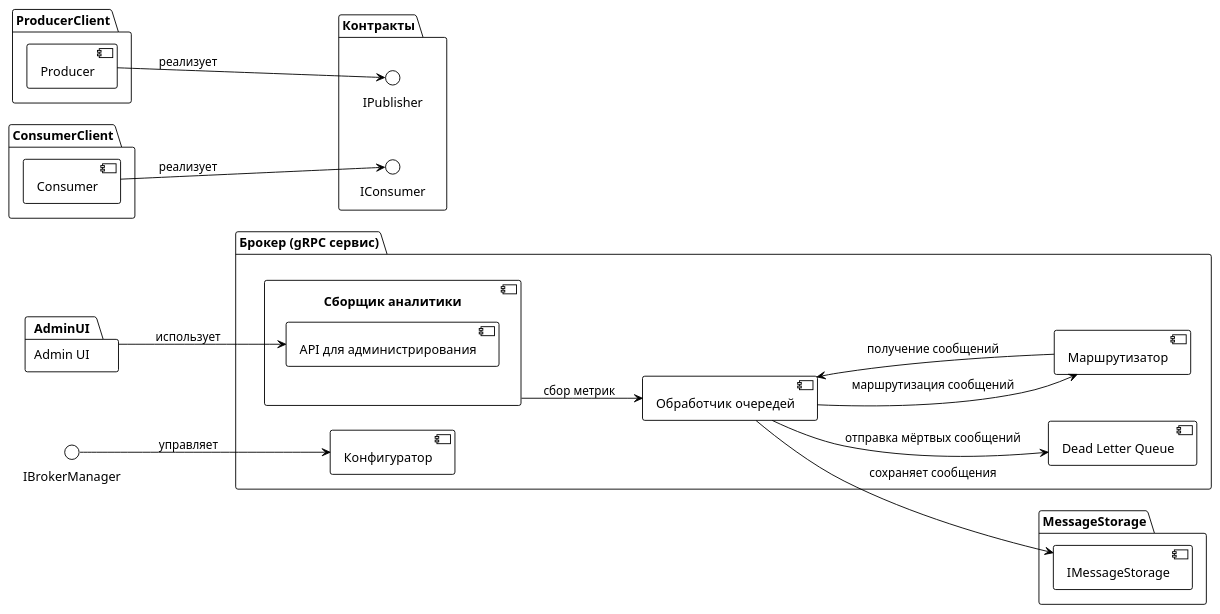
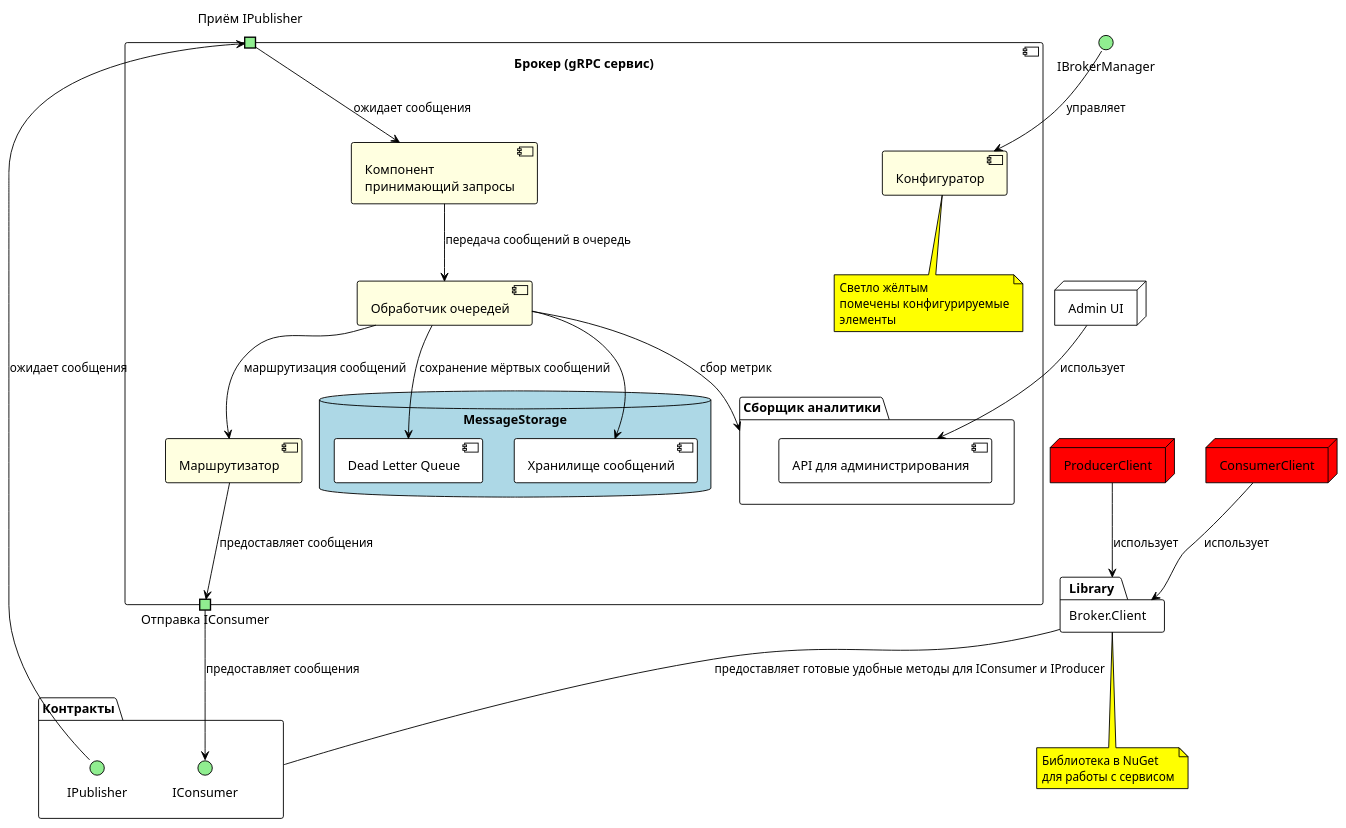
The diagram in component_diagram.puml (rinatsaf/kpv-broker), drawn with PlantUML before and after one commit.

Commit message:
better component diagram

```diff
--- a/component_diagram.puml
+++ b/component_diagram.puml
@@ -1,55 +1,77 @@
 @startuml diagram
 !theme plain
-left to right direction
+' left to right direction
 
-package "Контракты" {
+skinparam interface {
+  BackgroundColor LightGreen
+}
+
+skinparam note {
+  BackgroundColor Yellow
+}
+
+package "Контракты" as Contracts {
   interface "IConsumer" as IConsumer
   interface "IPublisher" as IPublisher
 }
 
-package "Брокер (gRPC сервис)" as Broker {
+component "Брокер (gRPC сервис)" as Broker {
+  component "Компонент\nпринимающий запросы" as RequestReceiver #LightYellow
+  portin "Приём IPublisher" as pIn #lightgreen
+
+  component "Обработчик очередей" as QueueHandler #LightYellow
   
-  component "Обработчик очередей" as QueueHandler {
-  }
-
-  component "Dead Letter Queue" as DLQ {
-  }
-  
-  component "Сборщик аналитики" as Analytics {
+  package "Сборщик аналитики" as Analytics {
     component "API для администрирования" as AdminAPI
   }
   
-  component "Маршрутизатор" as Router {
+  component "Маршрутизатор" as Router #LightYellow
+  portout "Отправка IConsumer" as pOut #lightgreen
+
+  component "Конфигуратор" as Config #LightYellow
+  note bottom of Config
+    Светло жёлтым 
+    помечены конфигурируемые
+    элементы
+  end note
+
+  database "MessageStorage" #lightblue {
+    component "Dead Letter Queue" as DLQ
+    component "Хранилище сообщений" as IMessageStorage
   }
   
-  component "Конфигуратор" as RouterConfig {
-  }
-  
+  RequestReceiver --> QueueHandler : передача сообщений в очередь
   QueueHandler --> Router : маршрутизация сообщений
-  Analytics --> QueueHandler : сбор метрик
-  Router --> QueueHandler : получение сообщений
-  QueueHandler --> DLQ : отправка мёртвых сообщений
+
+  QueueHandler --> Analytics : сбор метрик
+  QueueHandler --> DLQ : сохранение мёртвых сообщений
+  QueueHandler --> IMessageStorage
+
+  RequestReceiver <-- pIn : ожидает сообщения
+  pIn <-- IPublisher : ожидает сообщения
+
+  Router --> pOut : предоставляет сообщения
+  pOut --> IConsumer : предоставляет сообщения
 }
 
-package "ProducerClient" {
-  component "Producer" as Producer
+package "Broker.Client" as Library {
 }
+Library -- Contracts : предоставляет готовые удобные методы для IConsumer и IProducer
 
-package "ConsumerClient" {
-  component "Consumer" as Consumer
-}
+note bottom of Library
+  Библиотека в NuGet
+  для работы с сервисом
+end note
 
-package "MessageStorage" {
-  component "IMessageStorage" as IMessageStorage
-}
+node "ProducerClient" as Producer #red
+node "ConsumerClient" as Consumer #red
+Producer --> Library : использует
+Consumer --> Library : использует
 
-package "Admin UI" as AdminUI {
-}
-
-Producer --> IPublisher : реализует
-Consumer --> IConsumer : реализует
-QueueHandler --> IMessageStorage : сохраняет сообщения
-IBrokerManager --> RouterConfig : управляет
+node "Admin UI" as AdminUI
 AdminUI --> AdminAPI : использует
 
+interface IBrokerManager
+IBrokerManager --> Config : управляет
+
 @enduml
```
